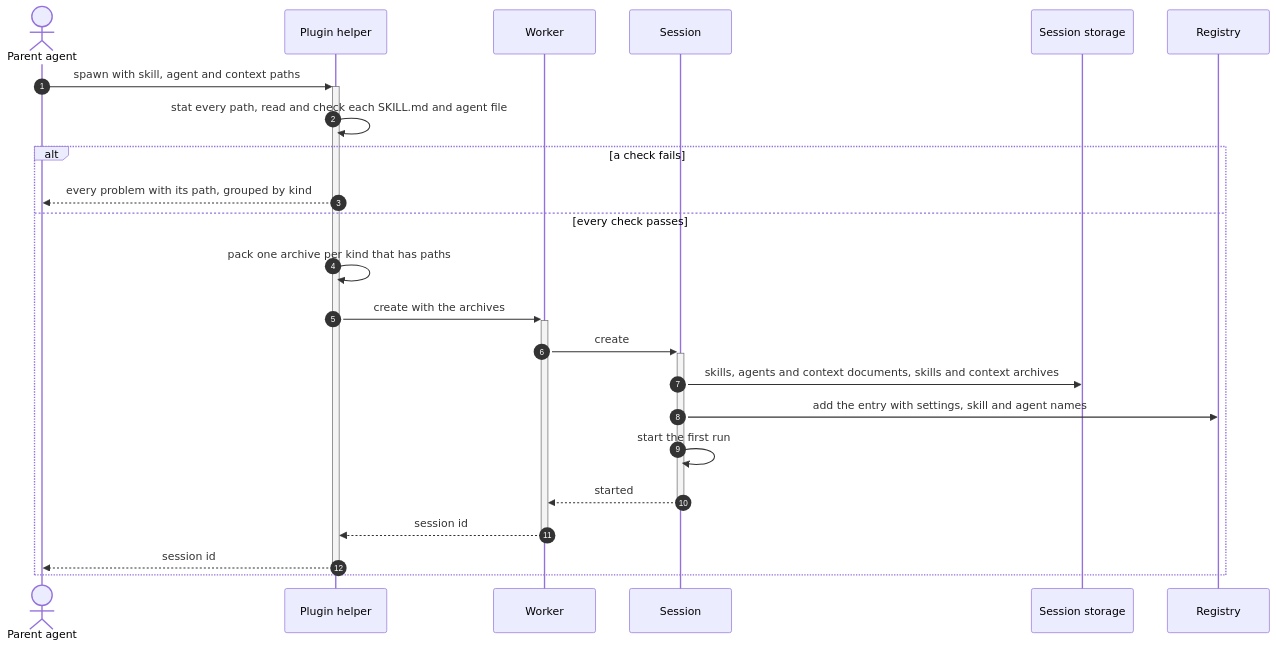
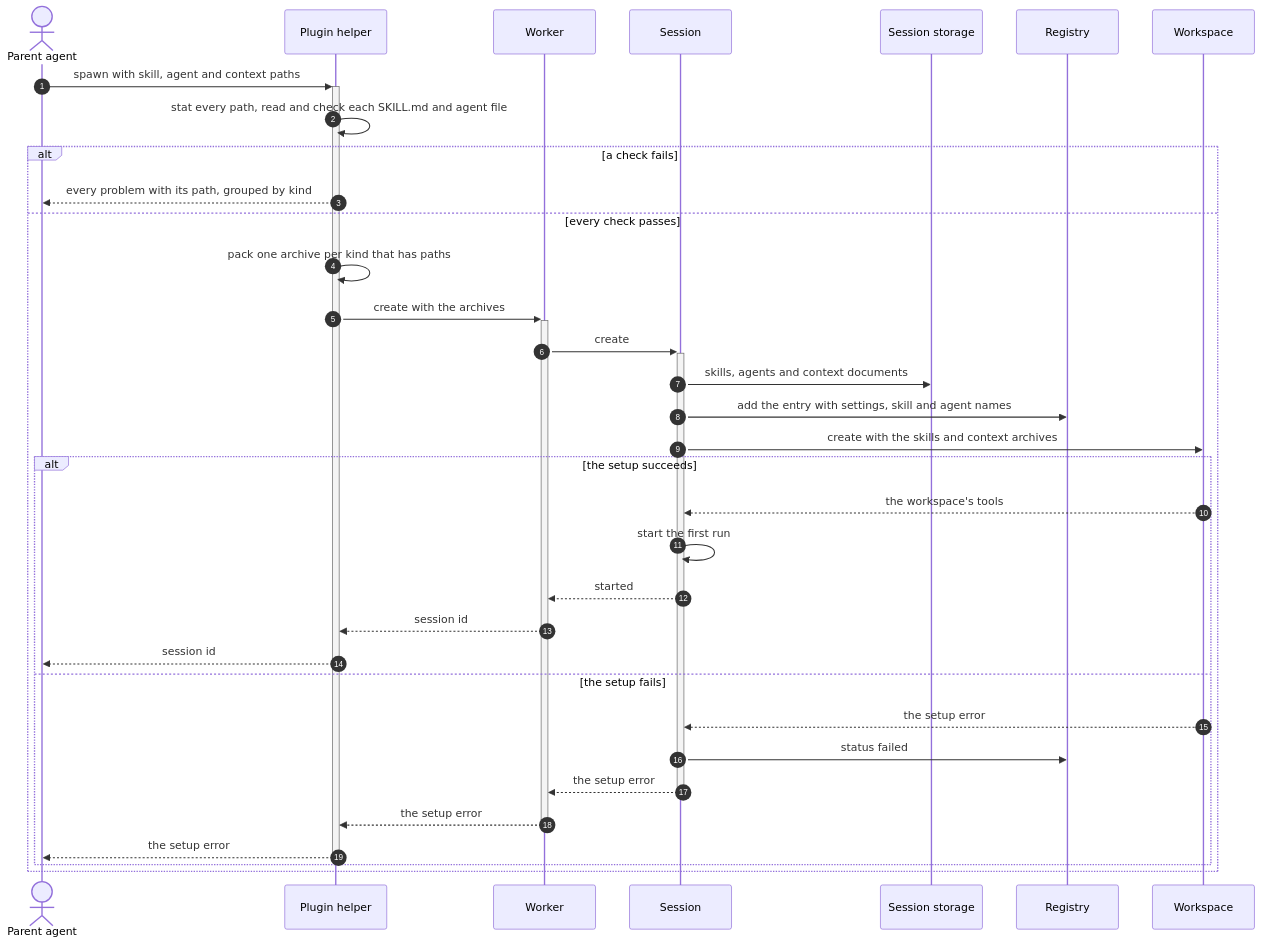
Before and after one commit to asermax/tentacles: the sixth of 8 diagrams in docs/technical-design/sessions.md, drawn with Mermaid. The commit also changed other lines of this file and 14 other files, not shown here.

````diff
--- a/docs/technical-design/sessions.md
+++ b/docs/technical-design/sessions.md
@@ -314,25 +312,36 @@
 ```mermaid
 sequenceDiagram
     autonumber
     actor P as Parent agent
     participant H as Plugin helper
     participant W as Worker
     participant S as Session
     participant DB as Session storage
     participant R as Registry
+    participant Ws as Workspace
     P->>+H: spawn with skill, agent and context paths
     H->>H: stat every path, read and check each SKILL.md and agent file
     alt a check fails
         H-->>P: every problem with its path, grouped by kind
     else every check passes
         H->>H: pack one archive per kind that has paths
         H->>+W: create with the archives
         W->>+S: create
-        S->>DB: skills, agents and context documents, skills and context archives
+        S->>DB: skills, agents and context documents
         S->>R: add the entry with settings, skill and agent names
-        S->>S: start the first run
-        S-->>-W: started
-        W-->>-H: session id
-        H-->>-P: session id
+        S->>Ws: create with the skills and context archives
+        alt the setup succeeds
+            Ws-->>S: the workspace's tools
+            S->>S: start the first run
+            S-->>W: started
+            W-->>H: session id
+            H-->>P: session id
+        else the setup fails
+            Ws-->>S: the setup error
+            S->>R: status failed
+            S-->>-W: the setup error
+            W-->>-H: the setup error
+            H-->>-P: the setup error
+        end
     end
 ```
````
